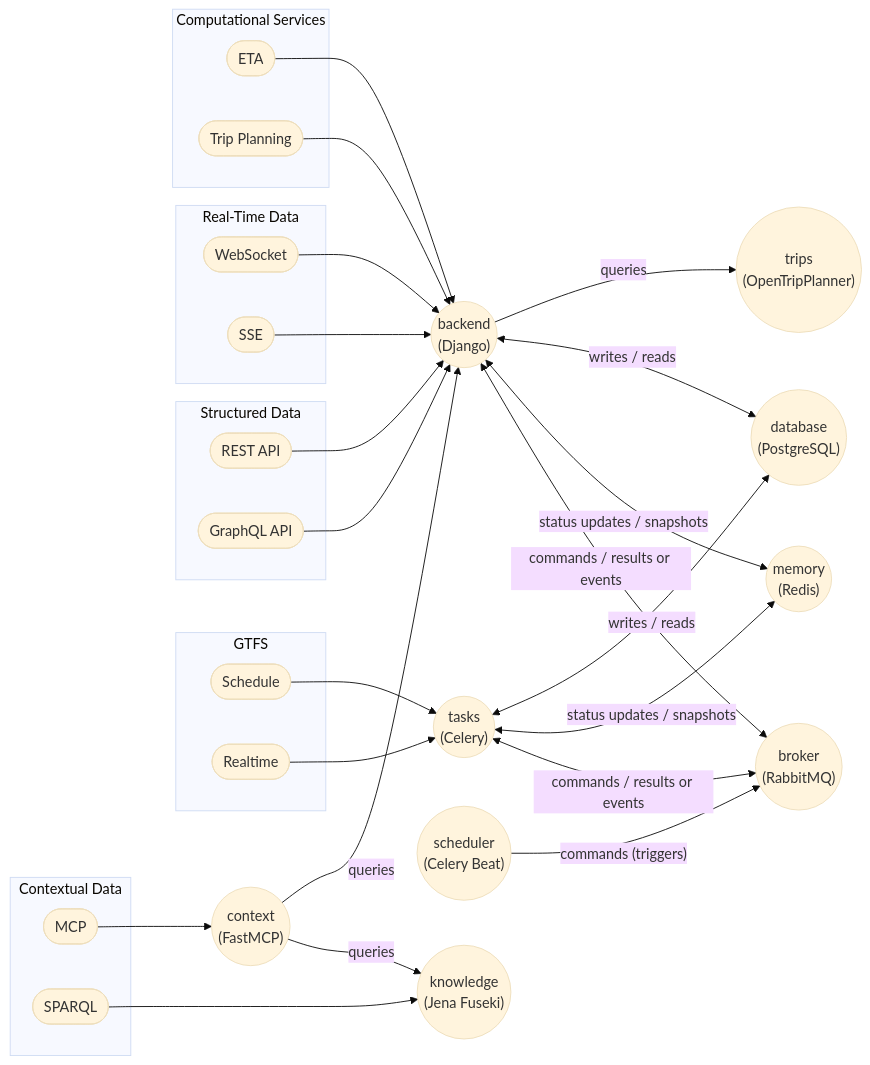
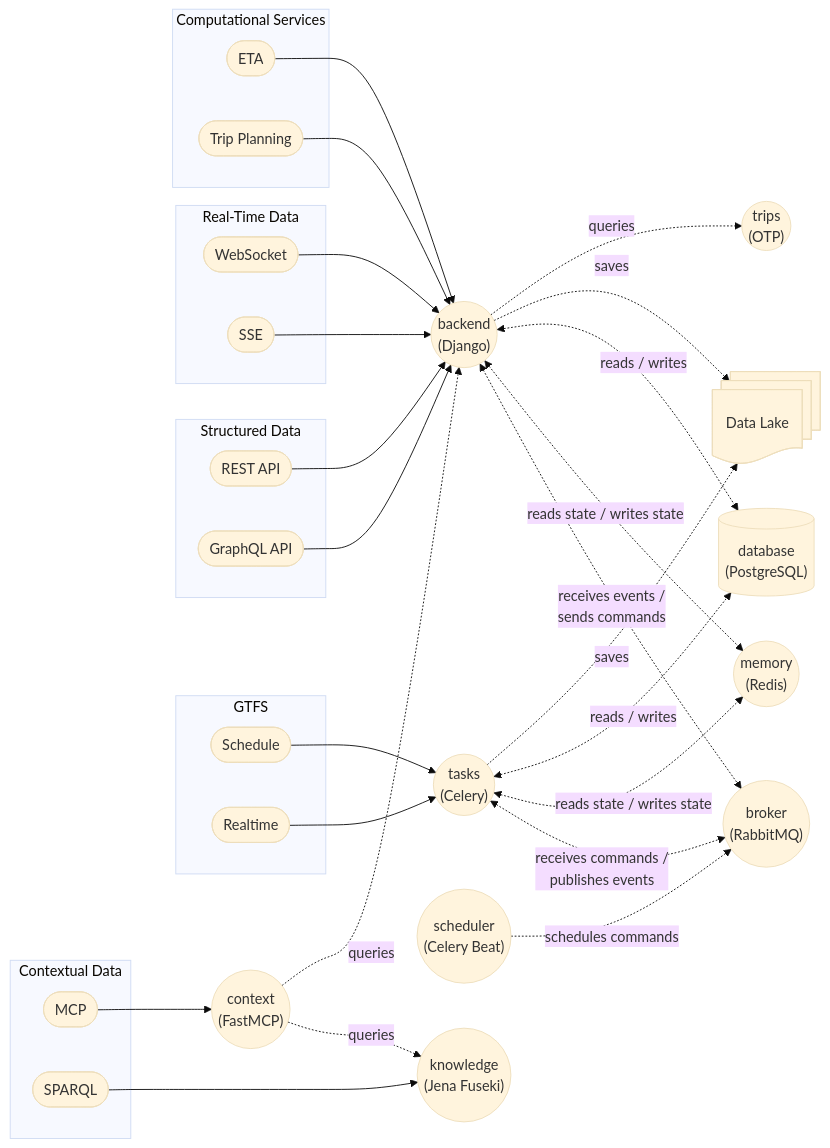
One commit to simovilab/infobus changed the diagram in ARCHITECTURE.md. Above: the diagram before and after it, drawn with Mermaid (base theme).

Commit message:
refactor: improve architecture diagram for clarity and consistency

````diff
--- a/ARCHITECTURE.md
+++ b/ARCHITECTURE.md
@@ -3,55 +3,58 @@
 ```mermaid
 flowchart LR
     subgraph GTFS
         schedule([Schedule])
         realtime([Realtime])
     end
     subgraph Structured Data
         api([REST API])
         graphql([GraphQL API])
     end
     subgraph Real-Time Data
         ws([WebSocket])
         sse([SSE])
     end
     subgraph Contextual Data
         mcp([MCP])
         sparql([SPARQL])
     end
     subgraph Computational Services
         eta([ETA])
         tp([Trip Planning])
     end
     
     backend(("backend<br/>(Django)"))
     tasks(("tasks<br/>(Celery)"))
     broker(("broker<br/>(RabbitMQ)"))
     scheduler(("scheduler<br/>(Celery Beat)"))
     memory(("memory<br/>(Redis)"))
-    database(("database<br/>(PostgreSQL)"))
+    database@{ shape: db, label: "database<br/>(PostgreSQL)" }
     context(("context<br/>(FastMCP)"))
     knowledge(("knowledge<br/>(Jena Fuseki)"))
-    trips(("trips<br/>(OpenTripPlanner)"))
+    trips(("trips<br/>(OTP)"))
+
+    lake@{ shape: docs, label: "Data Lake" }
 
     schedule --> tasks
     realtime --> tasks
-    tasks <--"commands / results or events"--> broker
-    tasks <--"status updates / snapshots"--> memory
-    tasks <--"writes / reads"--> database
-    scheduler --"commands (triggers)"--> broker
-    backend <--"commands / results or events"--> broker
-    backend <--"status updates / snapshots"--> memory
-    backend <--"writes / reads"--> database
-    backend --"queries"--> trips
-    context --"queries"--> knowledge
-    context --"queries"--> backend
+    tasks <-."receives commands /<br/> publishes events".-> broker
+    tasks <-."reads state / writes state".-> memory
+    tasks <-."reads / writes".-> database
+    tasks -."saves".-> lake
+    backend <-."receives events /<br/> sends commands".-> broker
+    backend <-."reads state / writes state".-> memory
+    backend <-."reads / writes".-> database
+    backend -."saves".-> lake
+    scheduler -."schedules commands".-> broker
+    backend -."queries".-> trips
+    context -."queries".-> knowledge
+    context -."queries".-> backend
     mcp --> context
     sparql --> knowledge
     api --> backend
     graphql --> backend
     ws --> backend
     sse --> backend
     tp --> backend
     eta --> backend
-
 ```
````
